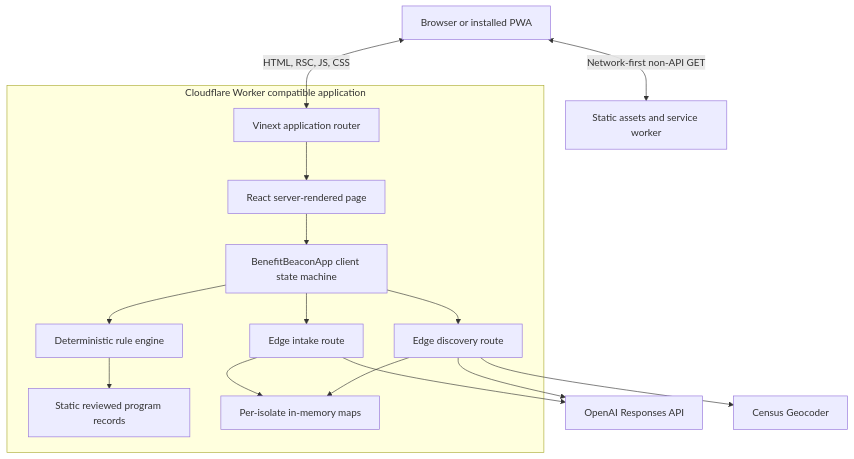
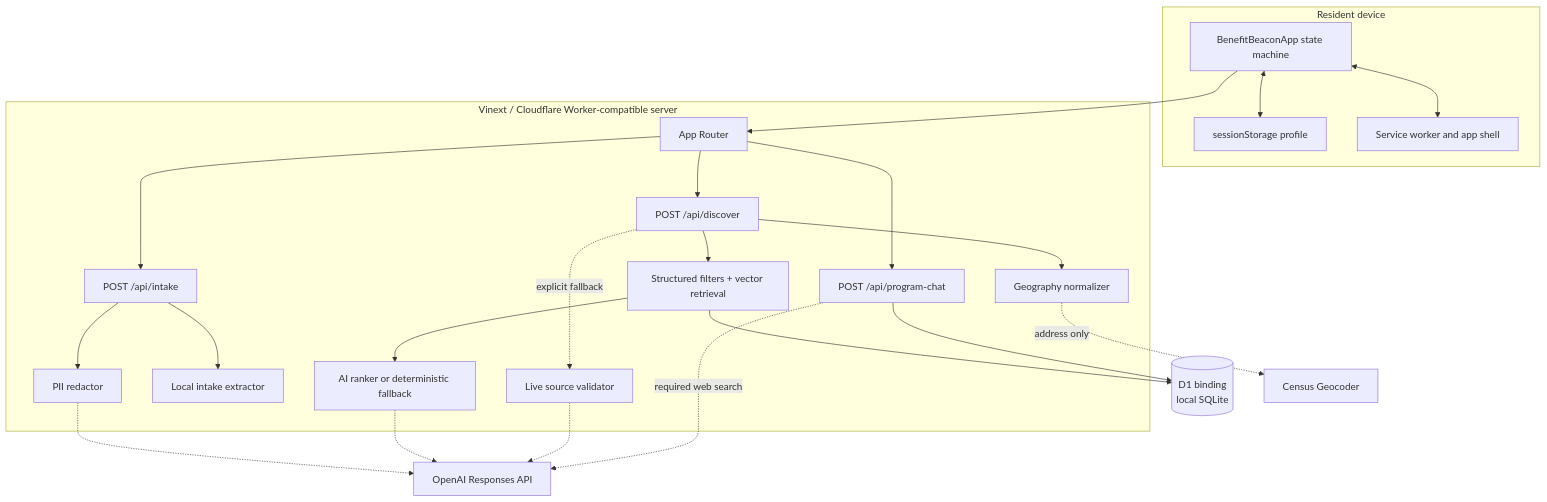
The second of 8 diagrams in ARCHITECTURE_AND_TECHNICAL_DESIGN.md (arjunsurendra/BenefitBeacon), drawn with Mermaid before and after one commit. The commit also changed other lines of this file and 110 other files, not shown here.

Commit message:
Expand BenefitBeacon program guidance and accessibility

````diff
--- a/ARCHITECTURE_AND_TECHNICAL_DESIGN.md
+++ b/ARCHITECTURE_AND_TECHNICAL_DESIGN.md
@@ -45,33 +54,45 @@
 ```mermaid
 flowchart TB
-    Browser["Browser or installed PWA"]
-
-    subgraph Worker["Cloudflare Worker compatible application"]
-        Router["Vinext application router"]
-        Page["React server-rendered page"]
-        Client["BenefitBeaconApp client state machine"]
-        Intake["Edge intake route"]
-        Discover["Edge discovery route"]
-        Rules["Deterministic rule engine"]
-        Data["Static reviewed program records"]
-        Cache["Per-isolate in-memory maps"]
+    subgraph Client["Resident device"]
+        UI["BenefitBeaconApp state machine"]
+        Session["sessionStorage profile"]
+        SW["Service worker and app shell"]
     end
 
-    Assets["Static assets and service worker"]
+    subgraph Edge["Vinext / Cloudflare Worker-compatible server"]
+        Router["App Router"]
+        IntakeAPI["POST /api/intake"]
+        DiscoveryAPI["POST /api/discover"]
+        GuideAPI["POST /api/program-chat"]
+        Redactor["PII redactor"]
+        LocalExtractor["Local intake extractor"]
+        Geo["Geography normalizer"]
+        Retriever["Structured filters + vector retrieval"]
+        Ranker["AI ranker or deterministic fallback"]
+        LiveGuard["Live source validator"]
+    end
+
+    DB[("D1 binding\nlocal SQLite")]
     Provider["OpenAI Responses API"]
     Census["Census Geocoder"]
 
-    Browser <-->|"HTML, RSC, JS, CSS"| Router
-    Router --> Page
-    Page --> Client
-    Browser <-->|"Network-first non-API GET"| Assets
-    Client --> Intake
-    Client --> Discover
-    Client --> Rules
-    Rules --> Data
-    Intake --> Cache
-    Discover --> Cache
-    Intake --> Provider
-    Discover --> Provider
-    Discover --> Census
+    UI <--> Session
+    UI <--> SW
+    UI --> Router
+    Router --> IntakeAPI
+    Router --> DiscoveryAPI
+    Router --> GuideAPI
+    IntakeAPI --> Redactor
+    IntakeAPI --> LocalExtractor
+    Redactor -.-> Provider
+    DiscoveryAPI --> Geo
+    Geo -. "address only" .-> Census
+    DiscoveryAPI --> Retriever
+    Retriever --> DB
+    Retriever --> Ranker
+    Ranker -.-> Provider
+    DiscoveryAPI -. "explicit fallback" .-> LiveGuard
+    LiveGuard -.-> Provider
+    GuideAPI --> DB
+    GuideAPI -. "required web search" .-> Provider
 ```
````
